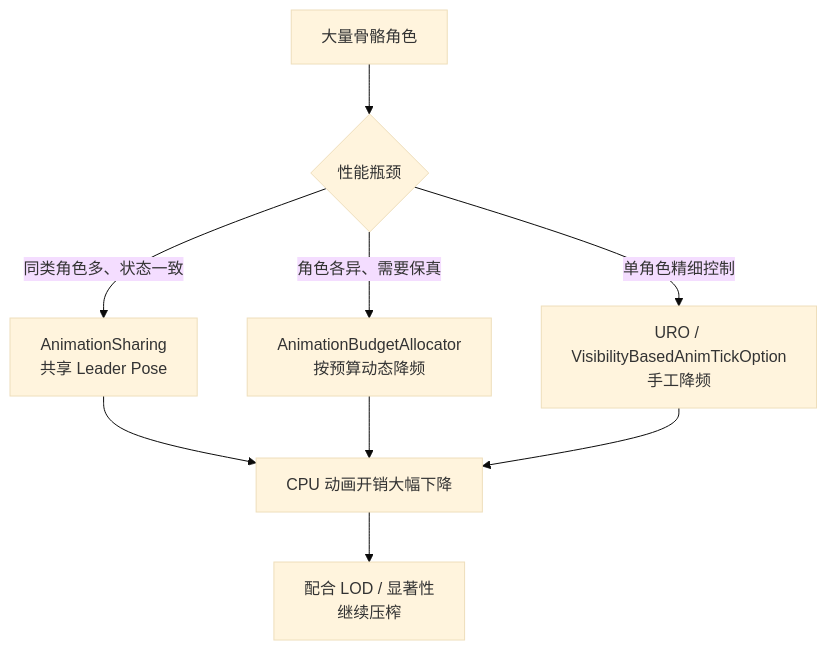
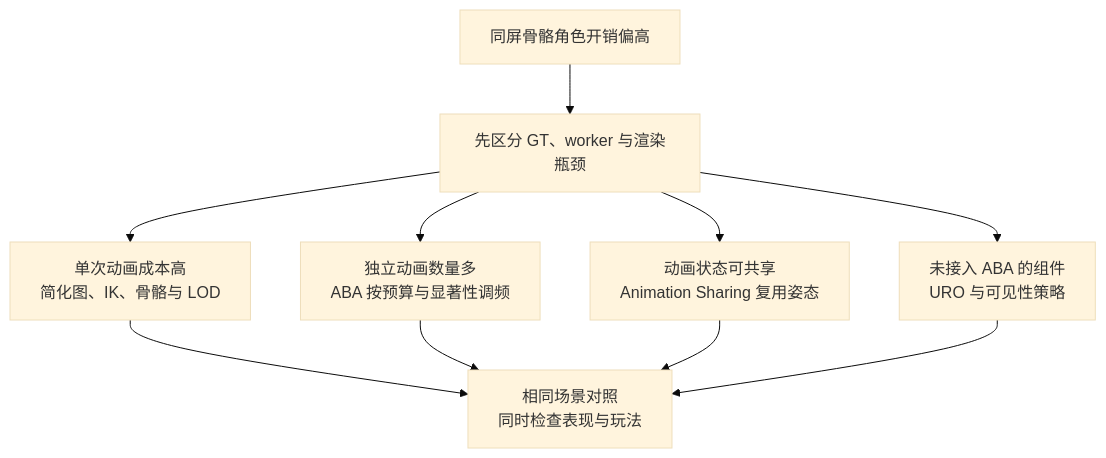
The first of 5 diagrams in 知识/04-图形动画与物理仿真/动画求值与角色表现/04-动画性能与预算分配.md (fantuan812/learning), drawn with Mermaid (base theme) before and after one commit. The commit also changed other lines of this file and 2 other files, not shown here.

````diff
--- a/知识/04-图形动画与物理仿真/动画求值与角色表现/04-动画性能与预算分配.md
+++ b/知识/04-图形动画与物理仿真/动画求值与角色表现/04-动画性能与预算分配.md
@@ -20,11 +61,12 @@
 ```mermaid
 flowchart TD
-    A[大量骨骼角色] --> B{性能瓶颈}
-    B -->|"同类角色多、状态一致"| C[AnimationSharing<br/>共享 Leader Pose]
-    B -->|"角色各异、需要保真"| D[AnimationBudgetAllocator<br/>按预算动态降频]
-    B -->|"单角色精细控制"| E[URO / VisibilityBasedAnimTickOption<br/>手工降频]
-    C --> F[CPU 动画开销大幅下降]
-    D --> F
-    E --> F
-    F --> G[配合 LOD / 显著性<br/>继续压榨]
+    A[同屏骨骼角色开销偏高] --> B[先区分 GT、worker 与渲染瓶颈]
+    B --> C[单次动画成本高<br/>简化图、IK、骨骼与 LOD]
+    B --> D[独立动画数量多<br/>ABA 按预算与显著性调频]
+    B --> E[动画状态可共享<br/>Animation Sharing 复用姿态]
+    B --> F[未接入 ABA 的组件<br/>URO 与可见性策略]
+    C --> G[相同场景对照<br/>同时检查表现与玩法]
+    D --> G
+    E --> G
+    F --> G
 ```
````
